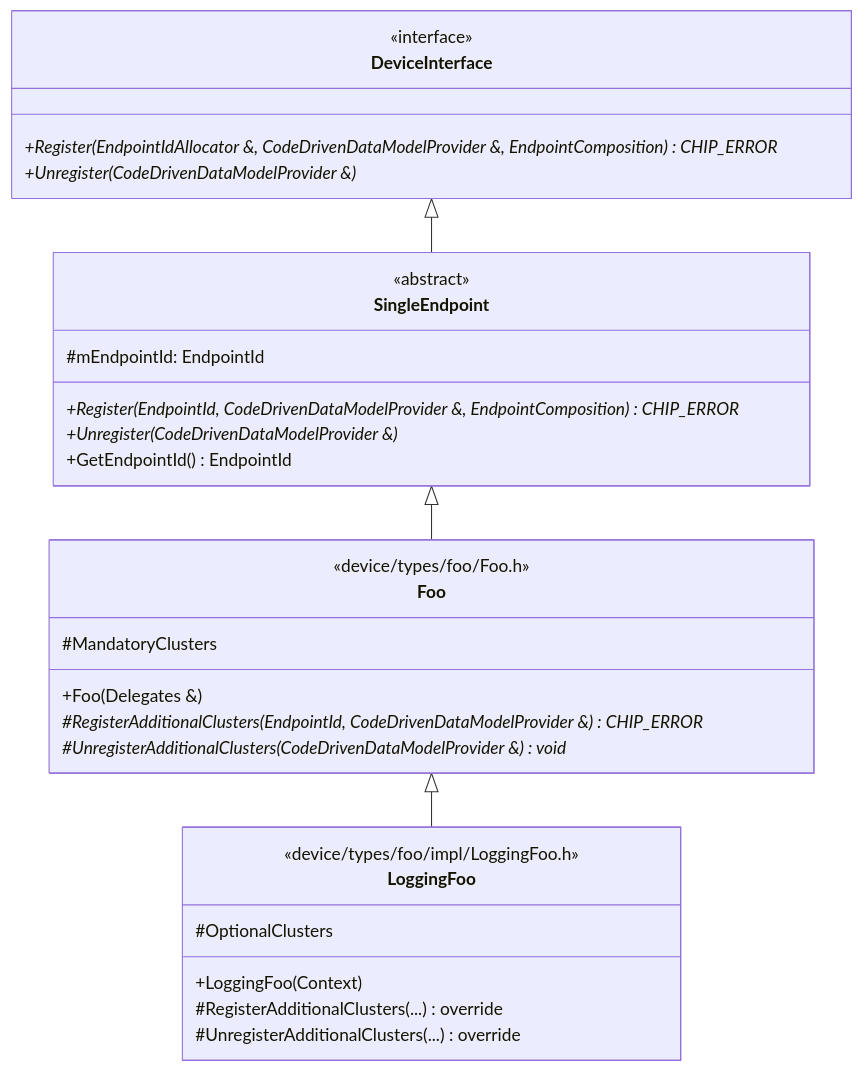
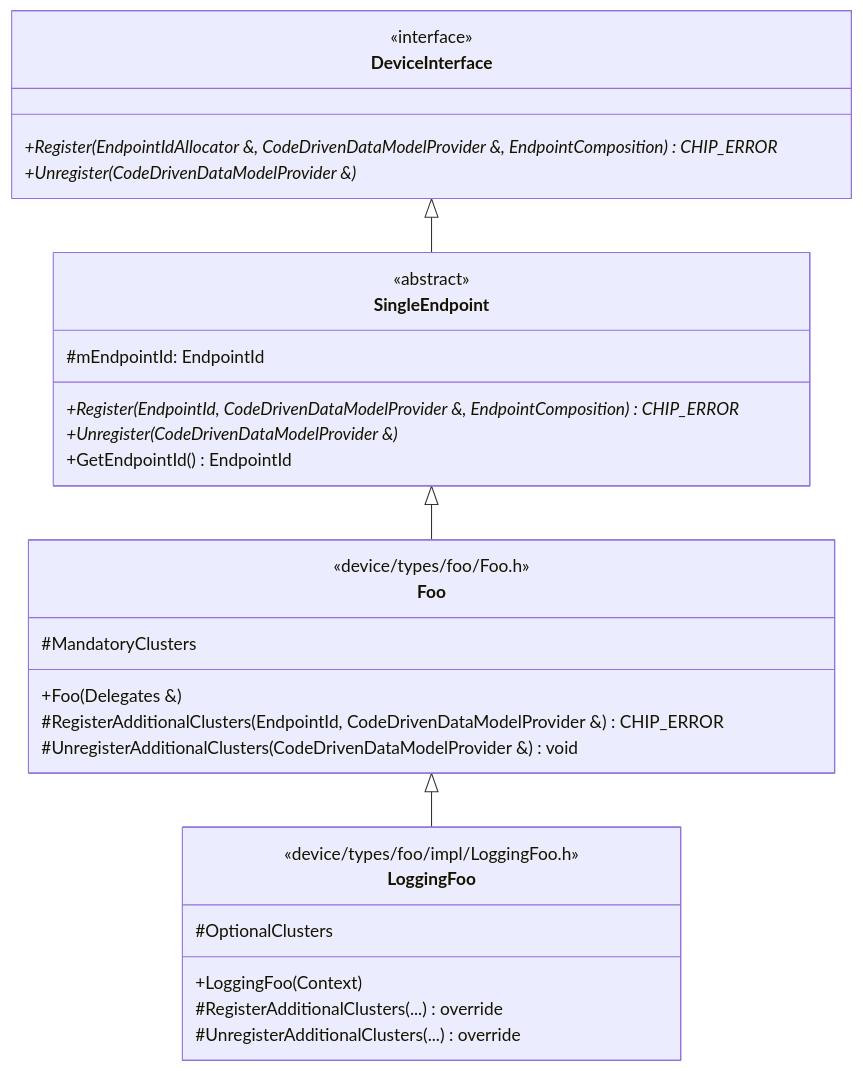
Before and after one commit to project-chip/connectedhomeip: the second of 4 diagrams in examples/all-devices-app/docs/architecture.md, drawn with Mermaid. The commit also changed other lines of this file and 2 other files, not shown here.

Commit message:
[all-devices-app] Address review feedback on capability dependencies, diagrams, and effect validation
Qualify capability dependency guidelines to permit shared Matter APIs, align
architecture diagram notation with default hook implementations, clarify base
device type interface references, and return ConstraintError for invalid
OnOff effect variants.

````diff
--- a/examples/all-devices-app/docs/architecture.md
+++ b/examples/all-devices-app/docs/architecture.md
@@ -89,36 +89,36 @@
 ```mermaid
 classDiagram
     class DeviceInterface {
         <<interface>>
         +Register(EndpointIdAllocator &, CodeDrivenDataModelProvider &, EndpointComposition)* CHIP_ERROR
         +Unregister(CodeDrivenDataModelProvider &)*
     }
 
     class SingleEndpoint {
         <<abstract>>
         #mEndpointId: EndpointId
         +Register(EndpointId, CodeDrivenDataModelProvider &, EndpointComposition)* CHIP_ERROR
         +Unregister(CodeDrivenDataModelProvider &)*
         +GetEndpointId() EndpointId
     }
 
     class Foo {
         <<device/types/foo/Foo.h>>
         #MandatoryClusters
         +Foo(Delegates &)
-        #RegisterAdditionalClusters(EndpointId, CodeDrivenDataModelProvider &)* CHIP_ERROR
-        #UnregisterAdditionalClusters(CodeDrivenDataModelProvider &)* void
+        #RegisterAdditionalClusters(EndpointId, CodeDrivenDataModelProvider &) CHIP_ERROR
+        #UnregisterAdditionalClusters(CodeDrivenDataModelProvider &) void
     }
 
     class LoggingFoo {
         <<device/types/foo/impl/LoggingFoo.h>>
         #OptionalClusters
         +LoggingFoo(Context)
         #RegisterAdditionalClusters(...) override
         #UnregisterAdditionalClusters(...) override
     }
 
     DeviceInterface <|-- SingleEndpoint
     SingleEndpoint <|-- Foo
     Foo <|-- LoggingFoo
 ```
````
